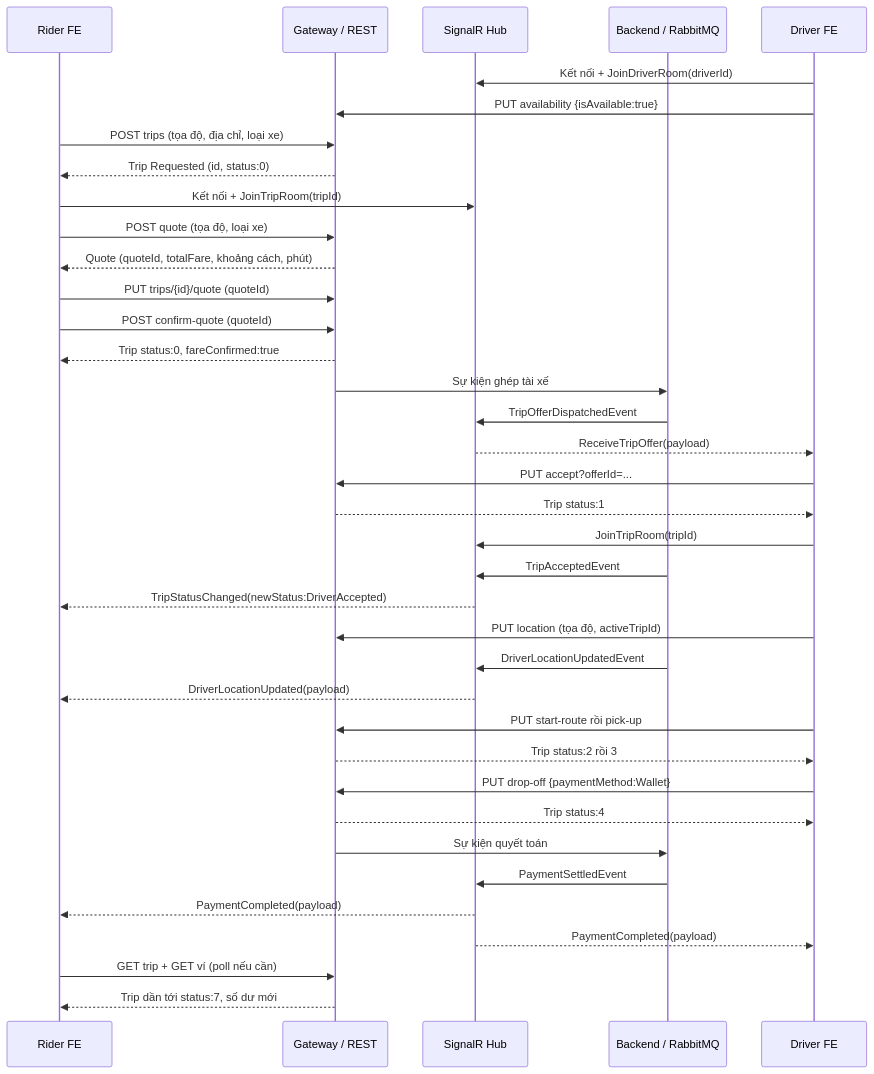
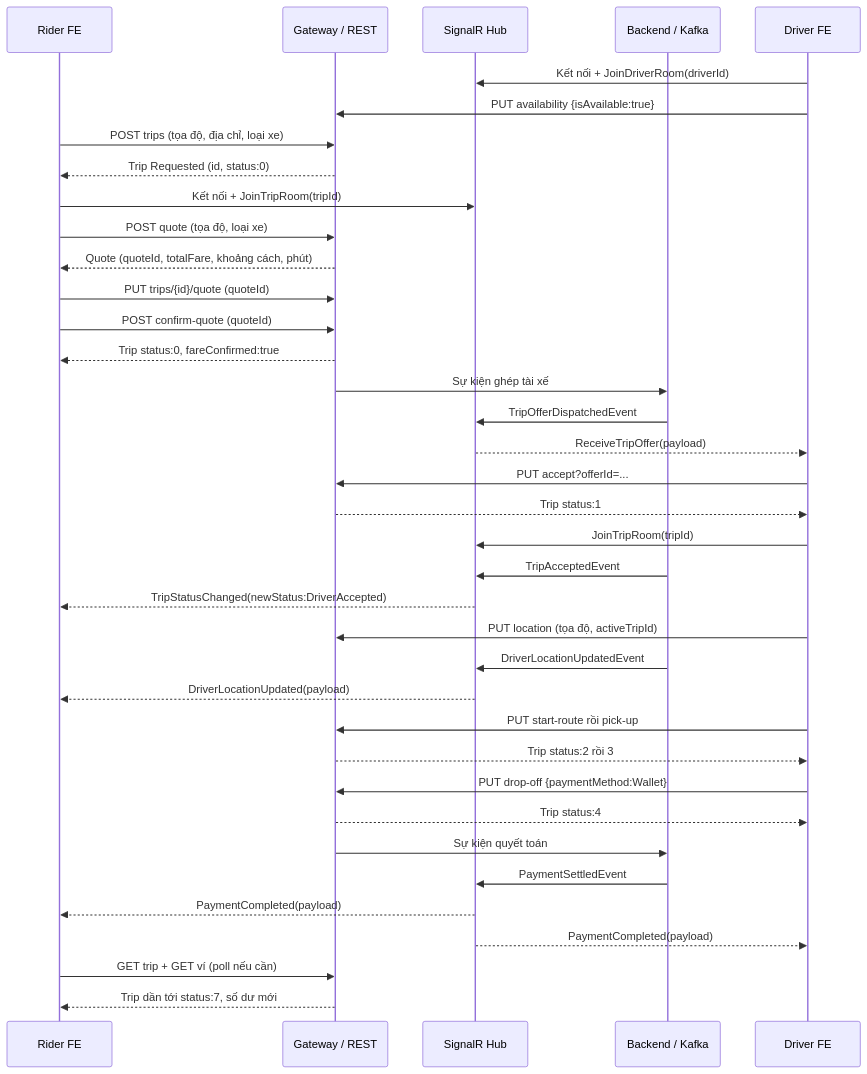
One commit to phwkha/SwiftRide changed the diagram in docs/FE_INTEGRATION_GUIDE.md. Above: the diagram before and after it, drawn with Mermaid. The commit also changed other lines of this file and 36 other files, not shown here.

````diff
--- a/docs/FE_INTEGRATION_GUIDE.md
+++ b/docs/FE_INTEGRATION_GUIDE.md
@@ -1761,39 +1761,39 @@
 ```mermaid
 sequenceDiagram
     participant R as Rider FE
     participant API as Gateway / REST
     participant H as SignalR Hub
-    participant B as Backend / RabbitMQ
+    participant B as Backend / Kafka
     participant D as Driver FE
     D->>H: Kết nối + JoinDriverRoom(driverId)
     D->>API: PUT availability {isAvailable:true}
     R->>API: POST trips (tọa độ, địa chỉ, loại xe)
     API-->>R: Trip Requested (id, status:0)
     R->>H: Kết nối + JoinTripRoom(tripId)
     R->>API: POST quote (tọa độ, loại xe)
     API-->>R: Quote (quoteId, totalFare, khoảng cách, phút)
     R->>API: PUT trips/{id}/quote (quoteId)
     R->>API: POST confirm-quote (quoteId)
     API-->>R: Trip status:0, fareConfirmed:true
     API->>B: Sự kiện ghép tài xế
     B->>H: TripOfferDispatchedEvent
     H-->>D: ReceiveTripOffer(payload)
     D->>API: PUT accept?offerId=...
     API-->>D: Trip status:1
     D->>H: JoinTripRoom(tripId)
     B->>H: TripAcceptedEvent
     H-->>R: TripStatusChanged(newStatus:DriverAccepted)
     D->>API: PUT location (tọa độ, activeTripId)
     B->>H: DriverLocationUpdatedEvent
     H-->>R: DriverLocationUpdated(payload)
     D->>API: PUT start-route rồi pick-up
     API-->>D: Trip status:2 rồi 3
     D->>API: PUT drop-off {paymentMethod:Wallet}
     API-->>D: Trip status:4
     API->>B: Sự kiện quyết toán
     B->>H: PaymentSettledEvent
     H-->>R: PaymentCompleted(payload)
     H-->>D: PaymentCompleted(payload)
     R->>API: GET trip + GET ví (poll nếu cần)
     API-->>R: Trip dần tới status:7, số dư mới
 ```
````
